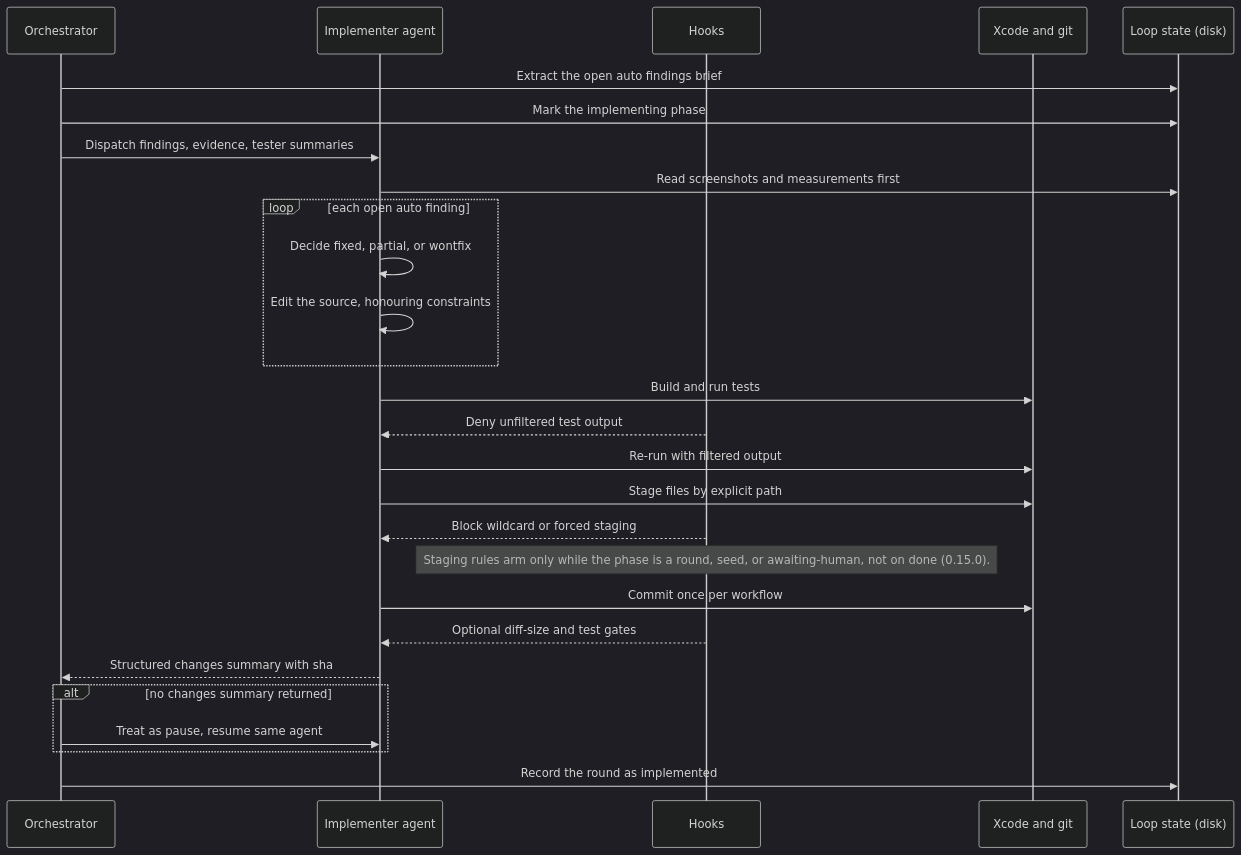
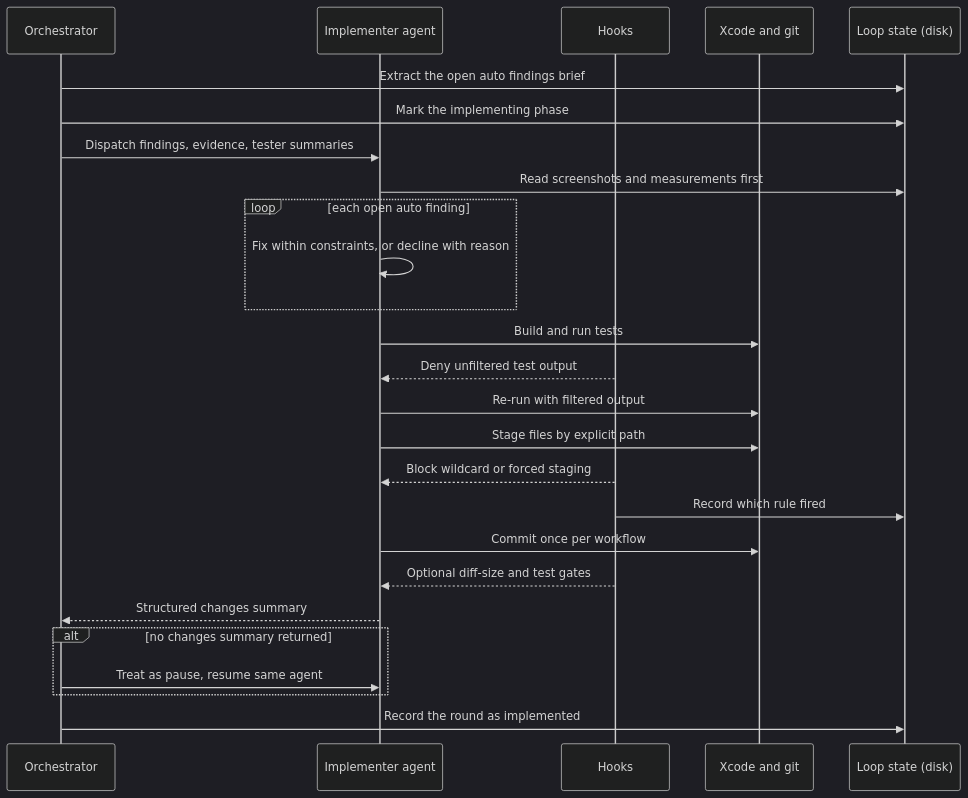
Diagram 15 of 33 in docs/architecture/qa-loop-tools.md (peterlit/quiller-claude-plugins), drawn with Mermaid (dark theme) before and after one commit. The commit also changed other lines of this file and 5 other files, not shown here.

````diff
--- a/docs/architecture/qa-loop-tools.md
+++ b/docs/architecture/qa-loop-tools.md
@@ -475,29 +719,28 @@
 ```mermaid
 sequenceDiagram
     participant O as Orchestrator
     participant I as Implementer agent
     participant HK as Hooks
     participant X as Xcode and git
     participant L as Loop state (disk)
     O->>L: Extract the open auto findings brief
     O->>L: Mark the implementing phase
     O->>I: Dispatch findings, evidence, tester summaries
     I->>L: Read screenshots and measurements first
     loop each open auto finding
-        I->>I: Decide fixed, partial, or wontfix
-        I->>I: Edit the source, honouring constraints
+        I->>I: Fix within constraints, or decline with reason
     end
     I->>X: Build and run tests
     HK-->>I: Deny unfiltered test output
     I->>X: Re-run with filtered output
     I->>X: Stage files by explicit path
     HK-->>I: Block wildcard or forced staging
-    Note over HK: Staging rules arm only while the phase is a round, seed, or awaiting-human, not on done (0.15.0).
+    HK->>L: Record which rule fired
     I->>X: Commit once per workflow
     HK-->>I: Optional diff-size and test gates
-    I-->>O: Structured changes summary with sha
+    I-->>O: Structured changes summary
     alt no changes summary returned
         O->>I: Treat as pause, resume same agent
     end
     O->>L: Record the round as implemented
 ```
````
